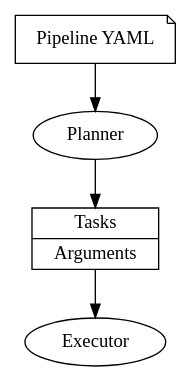
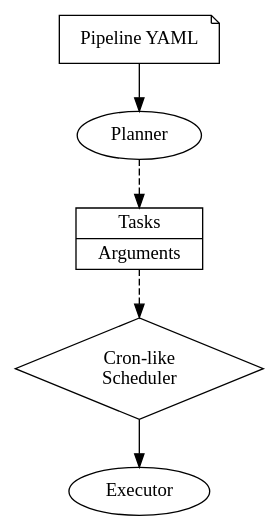
The first of 2 diagrams in design.org (yougov/deadlines), drawn with Graphviz before and after one commit. The commit also changed other lines of this file, not shown here.

```diff
--- a/design.org
+++ b/design.org
@@ -13,9 +14,12 @@
 #+begin_src dot :file flowchart.png
   digraph FlowChart {
-          plan -> planner -> execution_plan -> executor;
+          plan -> planner;
+          planner -> execution_plan -> schedule [style=dashed];
+          schedule -> executor;
           plan [shape=note, label="Pipeline YAML"];
           planner [label="Planner"];
           execution_plan [shape=record, label="{Tasks | Arguments}"];
           executor [label="Executor"];
+          schedule [shape=diamond, label="Cron-like\n Scheduler"]
   }
 #+end_src
```
